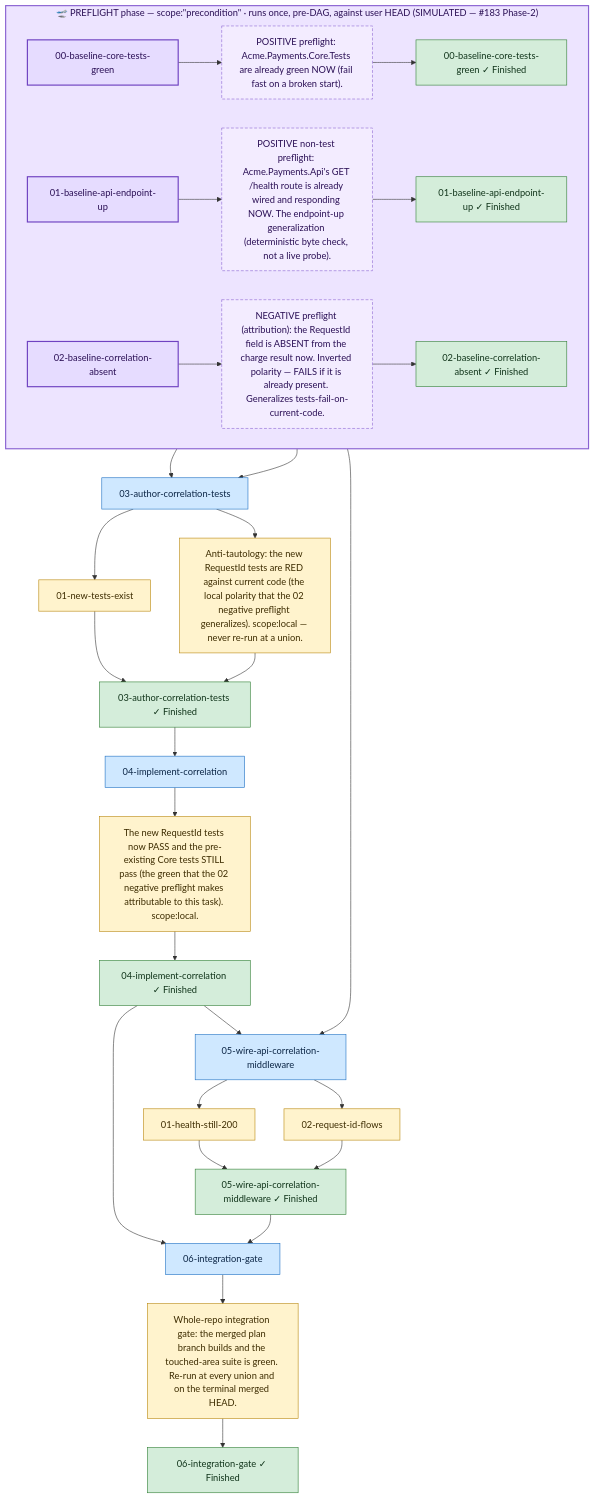
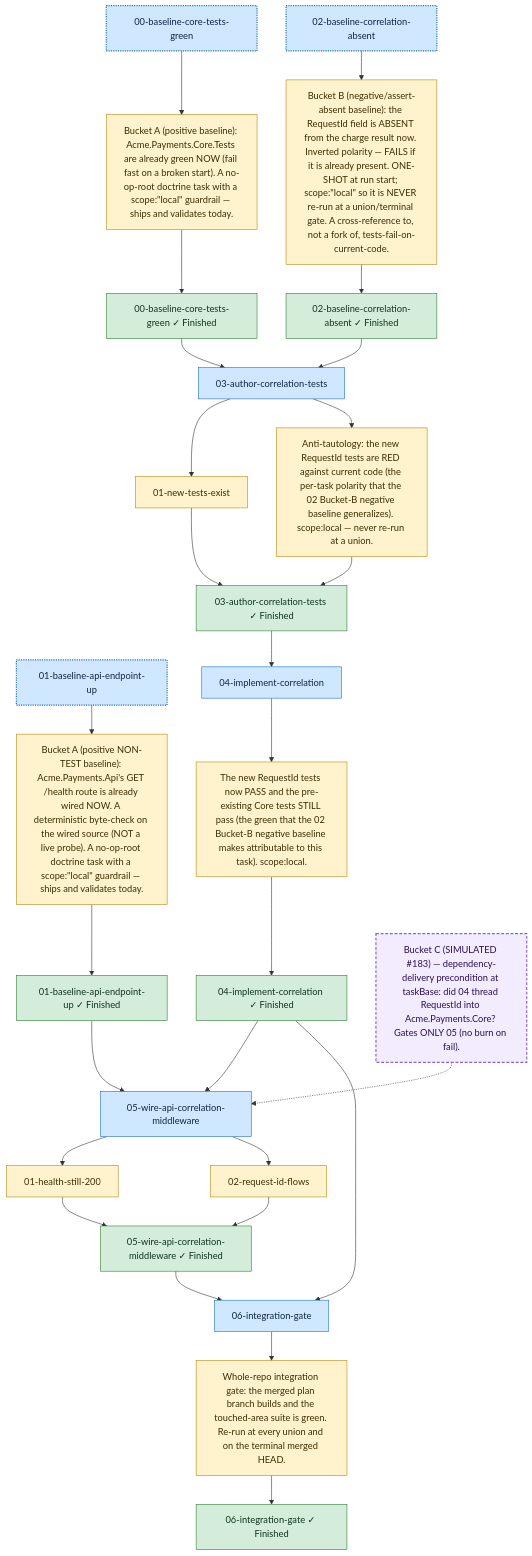
Before and after one commit to Servant-Software-LLC/Guardrails: the diagram in docs/plans/09-preflight-first-class/example/example-plan/diagram.md, drawn with Mermaid. The commit also changed other lines of this file and 27 other files, not shown here.

First line of the commit message:
docs(#183): re-author the worked example to the preflight PARTITION

````diff
--- a/docs/plans/09-preflight-first-class/example/example-plan/diagram.md
+++ b/docs/plans/09-preflight-first-class/example/example-plan/diagram.md
@@ -7,60 +13,58 @@
 ```mermaid
 flowchart TD
-  subgraph PREFLIGHT["🛫 PREFLIGHT phase — scope:&quot;precondition&quot; · runs once, pre-DAG, against user HEAD (SIMULATED — #183 Phase-2)"]
-  direction LR
-  task_00_baseline_core_tests_green["00-baseline-core-tests-green"]:::preflight
-  gr_00_baseline_core_tests_green_0["POSITIVE preflight: Acme.Payments.Core.Tests are already green NOW (fail fast on a broken start)."]:::precond
+  task_00_baseline_core_tests_green["00-baseline-core-tests-green"]:::baseline
+  gr_00_baseline_core_tests_green_0["Bucket A (positive baseline): Acme.Payments.Core.Tests are already green NOW (fail fast on a broken start). A no-op-root doctrine task with a scope:&quot;local&quot; guardrail — ships and validates today."]:::guardrail
   task_00_baseline_core_tests_green --> gr_00_baseline_core_tests_green_0
   gr_00_baseline_core_tests_green_0 --> done_00_baseline_core_tests_green
   done_00_baseline_core_tests_green["00-baseline-core-tests-green ✓ Finished"]:::done
-  task_01_baseline_api_endpoint_up["01-baseline-api-endpoint-up"]:::preflight
-  gr_01_baseline_api_endpoint_up_0["POSITIVE non-test preflight: Acme.Payments.Api's GET /health route is already wired and responding NOW. The endpoint-up generalization (deterministic byte check, not a live probe)."]:::precond
+  task_01_baseline_api_endpoint_up["01-baseline-api-endpoint-up"]:::baseline
+  gr_01_baseline_api_endpoint_up_0["Bucket A (positive NON-TEST baseline): Acme.Payments.Api's GET /health route is already wired NOW. A deterministic byte-check on the wired source (NOT a live probe). A no-op-root doctrine task with a scope:&quot;local&quot; guardrail — ships and validates today."]:::guardrail
   task_01_baseline_api_endpoint_up --> gr_01_baseline_api_endpoint_up_0
   gr_01_baseline_api_endpoint_up_0 --> done_01_baseline_api_endpoint_up
   done_01_baseline_api_endpoint_up["01-baseline-api-endpoint-up ✓ Finished"]:::done
-  task_02_baseline_correlation_absent["02-baseline-correlation-absent"]:::preflight
-  gr_02_baseline_correlation_absent_0["NEGATIVE preflight (attribution): the RequestId field is ABSENT from the charge result now. Inverted polarity — FAILS if it is already present. Generalizes tests-fail-on-current-code."]:::precond
+  task_02_baseline_correlation_absent["02-baseline-correlation-absent"]:::baseline
+  gr_02_baseline_correlation_absent_0["Bucket B (negative/assert-absent baseline): the RequestId field is ABSENT from the charge result now. Inverted polarity — FAILS if it is already present. ONE-SHOT at run start; scope:&quot;local&quot; so it is NEVER re-run at a union/terminal gate. A cross-reference to, not a fork of, tests-fail-on-current-code."]:::guardrail
   task_02_baseline_correlation_absent --> gr_02_baseline_correlation_absent_0
   gr_02_baseline_correlation_absent_0 --> done_02_baseline_correlation_absent
   done_02_baseline_correlation_absent["02-baseline-correlation-absent ✓ Finished"]:::done
-  end
   task_03_author_correlation_tests["03-author-correlation-tests"]:::task
   gr_03_author_correlation_tests_0["01-new-tests-exist"]:::guardrail
   task_03_author_correlation_tests --> gr_03_author_correlation_tests_0
   gr_03_author_correlation_tests_0 --> done_03_author_correlation_tests
-  gr_03_author_correlation_tests_1["Anti-tautology: the new RequestId tests are RED against current code (the local polarity that the 02 negative preflight generalizes). scope:local — never re-run at a union."]:::guardrail
+  gr_03_author_correlation_tests_1["Anti-tautology: the new RequestId tests are RED against current code (the per-task polarity that the 02 Bucket-B negative baseline generalizes). scope:local — never re-run at a union."]:::guardrail
   task_03_author_correlation_tests --> gr_03_author_correlation_tests_1
   gr_03_author_correlation_tests_1 --> done_03_author_correlation_tests
   done_03_author_correlation_tests["03-author-correlation-tests ✓ Finished"]:::done
   task_04_implement_correlation["04-implement-correlation"]:::task
-  gr_04_implement_correlation_0["The new RequestId tests now PASS and the pre-existing Core tests STILL pass (the green that the 02 negative preflight makes attributable to this task). scope:local."]:::guardrail
+  gr_04_implement_correlation_0["The new RequestId tests now PASS and the pre-existing Core tests STILL pass (the green that the 02 Bucket-B negative baseline makes attributable to this task). scope:local."]:::guardrail
   task_04_implement_correlation --> gr_04_implement_correlation_0
   gr_04_implement_correlation_0 --> done_04_implement_correlation
   done_04_implement_correlation["04-implement-correlation ✓ Finished"]:::done
   task_05_wire_api_correlation_middleware["05-wire-api-correlation-middleware"]:::task
   gr_05_wire_api_correlation_middleware_0["01-health-still-200"]:::guardrail
   task_05_wire_api_correlation_middleware --> gr_05_wire_api_correlation_middleware_0
   gr_05_wire_api_correlation_middleware_0 --> done_05_wire_api_correlation_middleware
   gr_05_wire_api_correlation_middleware_1["02-request-id-flows"]:::guardrail
   task_05_wire_api_correlation_middleware --> gr_05_wire_api_correlation_middleware_1
   gr_05_wire_api_correlation_middleware_1 --> done_05_wire_api_correlation_middleware
   done_05_wire_api_correlation_middleware["05-wire-api-correlation-middleware ✓ Finished"]:::done
+  precond_05_requestid_delivered["Bucket C (SIMULATED #183) — dependency-delivery precondition at taskBase: did 04 thread RequestId into Acme.Payments.Core? Gates ONLY 05 (no burn on fail)."]:::precond
+  precond_05_requestid_delivered -.-> task_05_wire_api_correlation_middleware
   task_06_integration_gate["06-integration-gate"]:::task
   gr_06_integration_gate_0["Whole-repo integration gate: the merged plan branch builds and the touched-area suite is green. Re-run at every union and on the terminal merged HEAD."]:::guardrail
   task_06_integration_gate --> gr_06_integration_gate_0
   gr_06_integration_gate_0 --> done_06_integration_gate
   done_06_integration_gate["06-integration-gate ✓ Finished"]:::done
   done_00_baseline_core_tests_green --> task_03_author_correlation_tests
   done_01_baseline_api_endpoint_up --> task_05_wire_api_correlation_middleware
   done_02_baseline_correlation_absent --> task_03_author_correlation_tests
   done_03_author_correlation_tests --> task_04_implement_correlation
   done_04_implement_correlation --> task_05_wire_api_correlation_middleware
   done_04_implement_correlation --> task_06_integration_gate
   done_05_wire_api_correlation_middleware --> task_06_integration_gate
   classDef task fill:#cfe8ff,stroke:#1b6ec2,color:#0b2545;
   classDef guardrail fill:#fff3cd,stroke:#b8860b,color:#3d2c00;
   classDef done fill:#d4edda,stroke:#2e7d32,color:#10341a;
-  classDef preflight fill:#e6dcff,stroke:#6f42c1,stroke-width:2px,color:#2a0f55;
-  classDef precond fill:#f3ecff,stroke:#8a63d2,stroke-dasharray:5 3,color:#2a0f55;
-  style PREFLIGHT fill:#ede4ff,stroke:#8a63d2,stroke-width:2px,color:#2a0f55;
+  classDef baseline fill:#cfe8ff,stroke:#1b6ec2,stroke-width:2px,stroke-dasharray:2 2,color:#0b2545;
+  classDef precond fill:#f3ecff,stroke:#8a63d2,stroke-width:2px,stroke-dasharray:5 3,color:#2a0f55;
 ```
````
